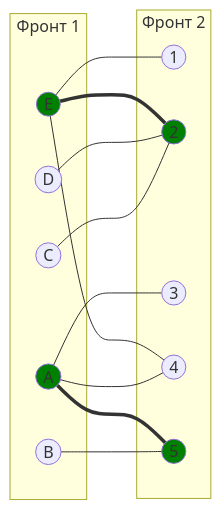
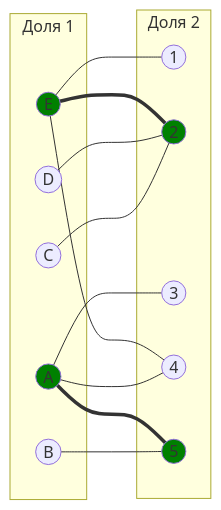
Before and after one commit to algos-ris-24-5/manual-tasks: the first of 9 diagrams in Задание 8/DIVI.md, drawn with Mermaid. The commit also changed other lines of this file, not shown here.

````diff
--- a/Задание 8/DIVI.md
+++ b/Задание 8/DIVI.md
@@ -8,31 +11,31 @@
 ```mermaid
 graph LR
-    subgraph "Фронт 1"
+    subgraph "Доля 1"
         A((A))
         B((B))
         C((C))
         D((D))
         E((E))
     end
-    subgraph "Фронт 2"
+    subgraph "Доля 2"
         1((1))
         2((2))
         3((3))
         4((4))
         5((5))
     end
     A --- 3
     A --- 4
     B --- 5
     C --- 2
     D --- 2
     E --- 1
     E --- 4
     A === 5
     E === 2
     
     style A fill:#008000
     style E fill:#008000
     style 2 fill:#008000
     style 5 fill:#008000
 ```
````
